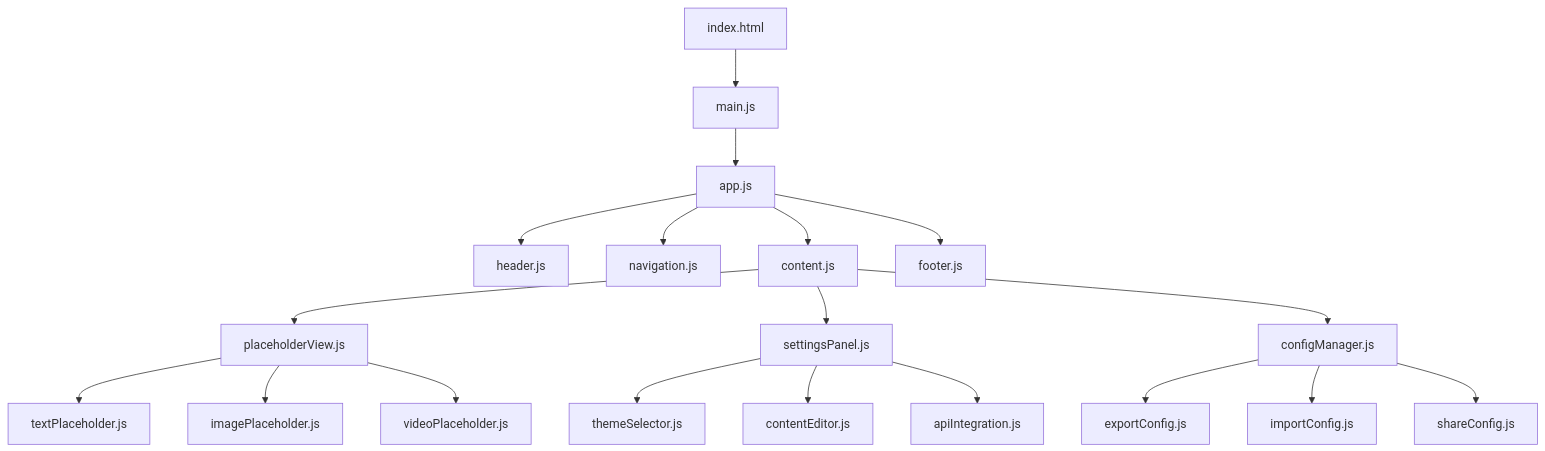
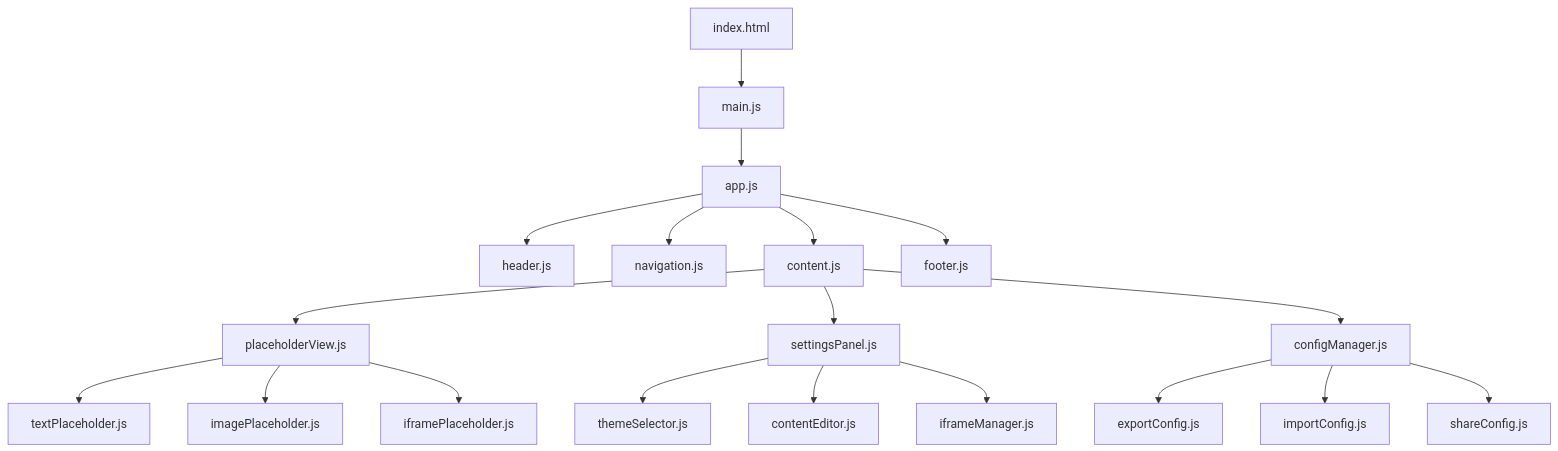
One commit to graf4ik322/TempSNI changed the second of 11 diagrams in ARCHITECTURE_DIAGRAMS.md. Above: the diagram before and after it, drawn with Mermaid. The commit also changed other lines of this file and 5 other files, not shown here.

Commit message:
Replace API integration with iframe-based external content

````diff
--- a/ARCHITECTURE_DIAGRAMS.md
+++ b/ARCHITECTURE_DIAGRAMS.md
@@ -31,25 +31,25 @@
 ```mermaid
 graph TD
     A[index.html] --> B[main.js]
     B --> C[app.js]
     C --> D[header.js]
     C --> E[navigation.js]
     C --> F[content.js]
     C --> G[footer.js]
     
     F --> H[placeholderView.js]
     F --> I[settingsPanel.js]
     F --> J[configManager.js]
     
     H --> K[textPlaceholder.js]
     H --> L[imagePlaceholder.js]
-    H --> M[videoPlaceholder.js]
+    H --> M[iframePlaceholder.js]
     
     I --> N[themeSelector.js]
     I --> O[contentEditor.js]
-    I --> P[apiIntegration.js]
+    I --> P[iframeManager.js]
     
     J --> Q[exportConfig.js]
     J --> R[importConfig.js]
     J --> S[shareConfig.js]
 ```
````
